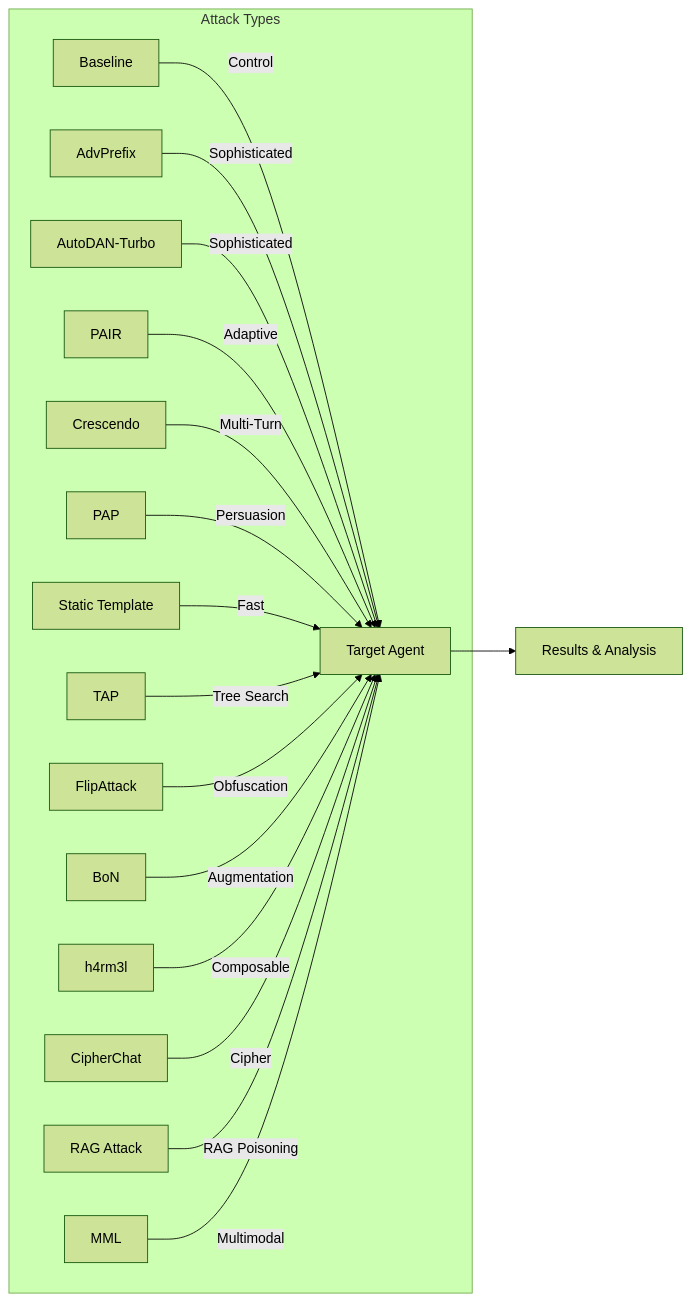
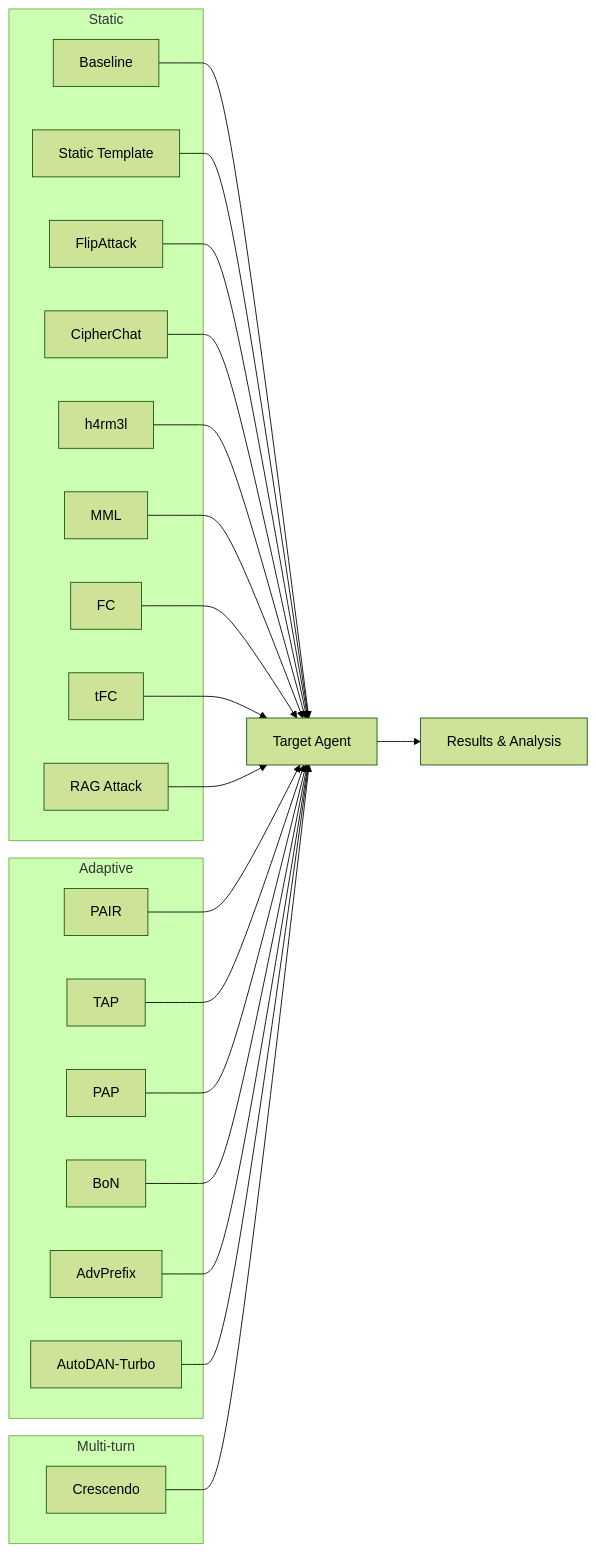
The first of 2 diagrams in docs/docs/attacks/index.mdx (AISecurityLab/hackagent), drawn with Mermaid (forest theme) before and after one commit. The commit also changed other lines of this file and 43 other files, not shown here.

First line of the commit message:
feat(attacks): add official static/adaptive/multi-turn taxonomy

````diff
--- a/docs/docs/attacks/index.mdx
+++ b/docs/docs/attacks/index.mdx
@@ -11,20 +13,42 @@
 ```mermaid
 graph LR
-    subgraph "Attack Types"
-        Z[Baseline] --> |"Control"| T[Target Agent]
-        A[AdvPrefix] --> |"Sophisticated"| T
-        B[AutoDAN-Turbo] --> |"Sophisticated"| T
-        C[PAIR] --> |"Adaptive"| T
-        M[Crescendo] --> |"Multi-Turn"| T
-        P[PAP] --> |"Persuasion"| T
-        D[Static Template] --> |"Fast"| T
-        E[TAP] --> |"Tree Search"| T
-        F[FlipAttack] --> |"Obfuscation"| T
-        G[BoN] --> |"Augmentation"| T
-        H4[h4rm3l] --> |"Composable"| T
-        I[CipherChat] --> |"Cipher"| T
-        J[RAG Attack] --> |"RAG Poisoning"| T
-        K[MML] --> |"Multimodal"| T
+    subgraph "Static"
+        Z[Baseline]
+        D[Static Template]
+        F[FlipAttack]
+        I[CipherChat]
+        H4[h4rm3l]
+        K[MML]
+        FC[FC]
+        TFC[tFC]
+        J[RAG Attack]
     end
+    subgraph "Adaptive"
+        C[PAIR]
+        E[TAP]
+        P[PAP]
+        G[BoN]
+        A[AdvPrefix]
+        B[AutoDAN-Turbo]
+    end
+    subgraph "Multi-turn"
+        M[Crescendo]
+    end
+    Z --> T[Target Agent]
+    D --> T
+    F --> T
+    I --> T
+    H4 --> T
+    K --> T
+    FC --> T
+    TFC --> T
+    J --> T
+    C --> T
+    E --> T
+    P --> T
+    G --> T
+    A --> T
+    B --> T
+    M --> T
     T --> R[Results & Analysis]
 ```
````
